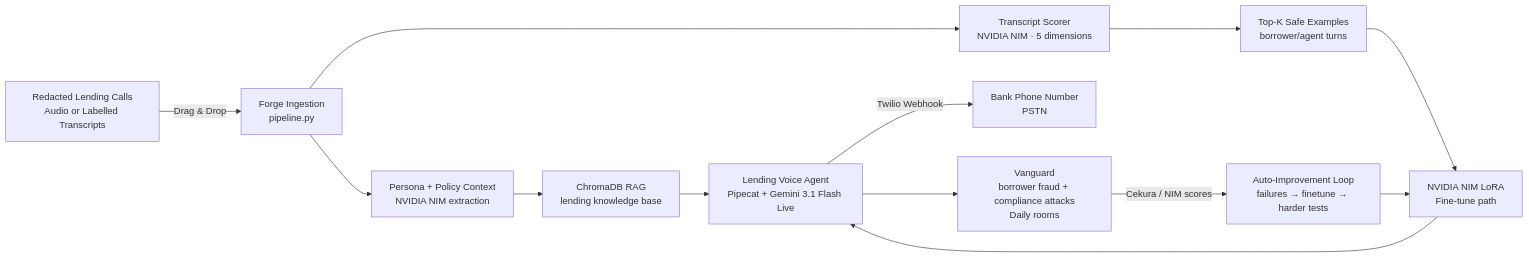
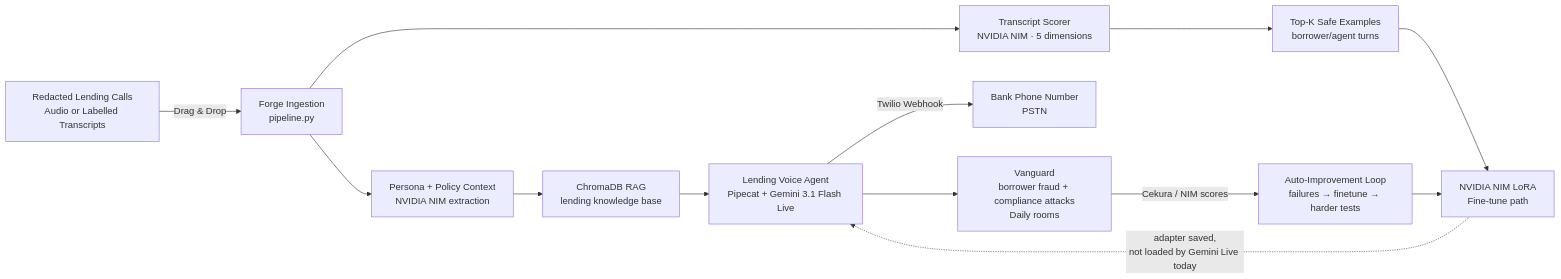
The diagram in README.md (Dhruva966/YC-Voice-Agents), drawn with Mermaid before and after one commit. The commit also changed other lines of this file and 11 other files, not shown here.

````diff
--- a/README.md
+++ b/README.md
@@ -29,15 +38,15 @@
 ```mermaid
 flowchart LR
     A[Redacted Lending Calls\nAudio or Labelled Transcripts] -->|Drag & Drop| B[Forge Ingestion\npipeline.py]
     B --> C[Persona + Policy Context\nNVIDIA NIM extraction]
     B --> D[Transcript Scorer\nNVIDIA NIM · 5 dimensions]
     D --> E[Top-K Safe Examples\nborrower/agent turns]
     C --> F[ChromaDB RAG\nlending knowledge base]
     E --> H[NVIDIA NIM LoRA\nFine-tune path]
     F --> G[Lending Voice Agent\nPipecat + Gemini 3.1 Flash Live]
-    H --> G
+    H -. adapter saved,\nnot loaded by Gemini Live today .-> G
     G -->|Twilio Webhook| I[Bank Phone Number\nPSTN]
     G --> J[Vanguard\nborrower fraud + compliance attacks\nDaily rooms]
     J -->|Cekura / NIM scores| K[Auto-Improvement Loop\nfailures → finetune → harder tests]
     K --> H
 ```
````
